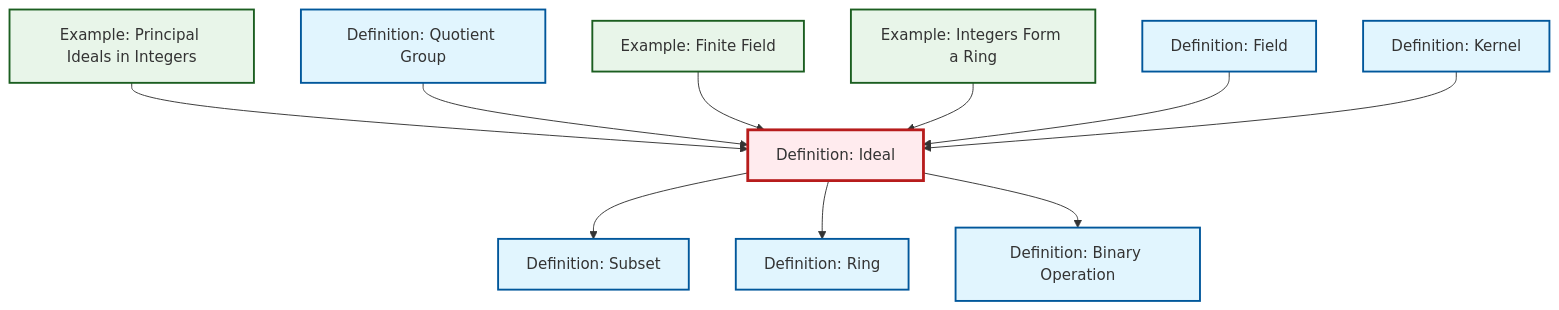
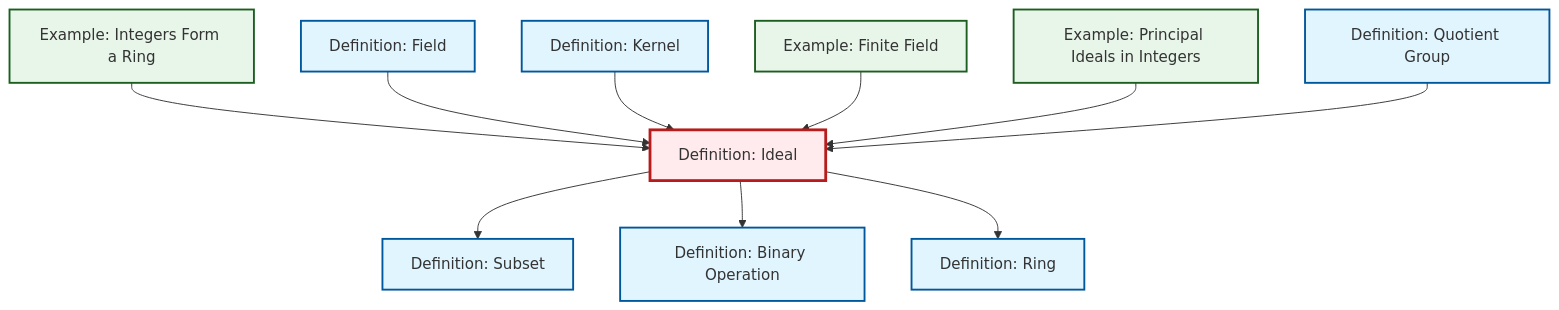
The diagram in content/en/algebra/def-ideal.qmd (RK0429/ModernMath), drawn with Mermaid before and after one commit. The commit also changed other lines of this file and 434 other files, not shown here.

First line of the commit message:
feat: Add polynomial ring definition with comprehensive cross-references

````diff
--- a/content/en/algebra/def-ideal.qmd
+++ b/content/en/algebra/def-ideal.qmd
@@ -63,38 +63,38 @@
 ```{mermaid}
 %%| fig-cap: "Local dependency graph"
 graph TD
     classDef definition fill:#e1f5fe,stroke:#01579b,stroke-width:2px
     classDef theorem fill:#f3e5f5,stroke:#4a148c,stroke-width:2px
     classDef axiom fill:#fff3e0,stroke:#e65100,stroke-width:2px
     classDef example fill:#e8f5e9,stroke:#1b5e20,stroke-width:2px
     classDef current fill:#ffebee,stroke:#b71c1c,stroke-width:3px
+    ex-finite-field["Example: Finite Field"]:::example
+    def-ring["Definition: Ring"]:::definition
+    def-field["Definition: Field"]:::definition
+    def-binary-operation["Definition: Binary Operation"]:::definition
     def-kernel["Definition: Kernel"]:::definition
-    ex-finite-field["Example: Finite Field"]:::example
-    def-field["Definition: Field"]:::definition
+    def-quotient-group["Definition: Quotient Group"]:::definition
+    ex-principal-ideal["Example: Principal Ideals in Integers"]:::example
     ex-integers-ring["Example: Integers Form a Ring"]:::example
-    def-ring["Definition: Ring"]:::definition
-    def-binary-operation["Definition: Binary Operation"]:::definition
-    def-quotient-group["Definition: Quotient Group"]:::definition
     def-ideal["Definition: Ideal"]:::definition
-    ex-principal-ideal["Example: Principal Ideals in Integers"]:::example
     def-subset["Definition: Subset"]:::definition
+    ex-integers-ring --> def-ideal
     def-ideal --> def-subset
+    def-field --> def-ideal
+    def-kernel --> def-ideal
+    ex-finite-field --> def-ideal
     ex-principal-ideal --> def-ideal
+    def-ideal --> def-binary-operation
     def-ideal --> def-ring
     def-quotient-group --> def-ideal
-    ex-finite-field --> def-ideal
-    def-ideal --> def-binary-operation
-    ex-integers-ring --> def-ideal
-    def-field --> def-ideal
-    def-kernel --> def-ideal
     class def-ideal current
+    click ex-finite-field "ex-finite-field.html" "Go to Finite Field example"
+    click def-ring "def-ring.html" "Go to Ring definition"
+    click def-field "def-field.html" "Go to Field definition"
+    click def-binary-operation "def-binary-operation.html" "Go to Binary Operation definition"
     click def-kernel "def-kernel.html" "Go to Kernel definition"
-    click ex-finite-field "ex-finite-field.html" "Go to Finite Field example"
-    click def-field "def-field.html" "Go to Field definition"
-    click ex-integers-ring "ex-integers-ring.html" "Go to Integers Form a Ring example"
-    click def-ring "def-ring.html" "Go to Ring definition"
-    click def-binary-operation "def-binary-operation.html" "Go to Binary Operation definition"
     click def-quotient-group "def-quotient-group.html" "Go to Quotient Group definition"
     click ex-principal-ideal "ex-principal-ideal.html" "Go to Principal Ideals in Integers example"
+    click ex-integers-ring "ex-integers-ring.html" "Go to Integers Form a Ring example"
     click def-subset "def-subset.html" "Go to Subset definition"
 ```
````
